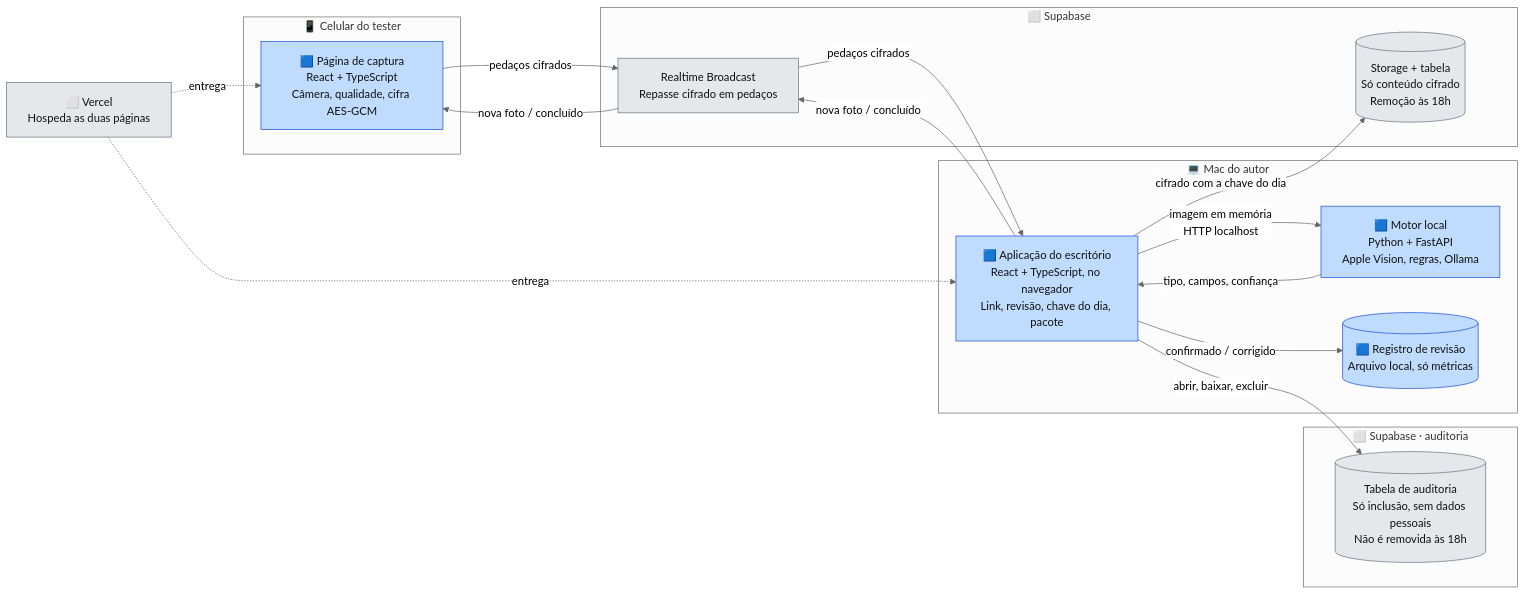
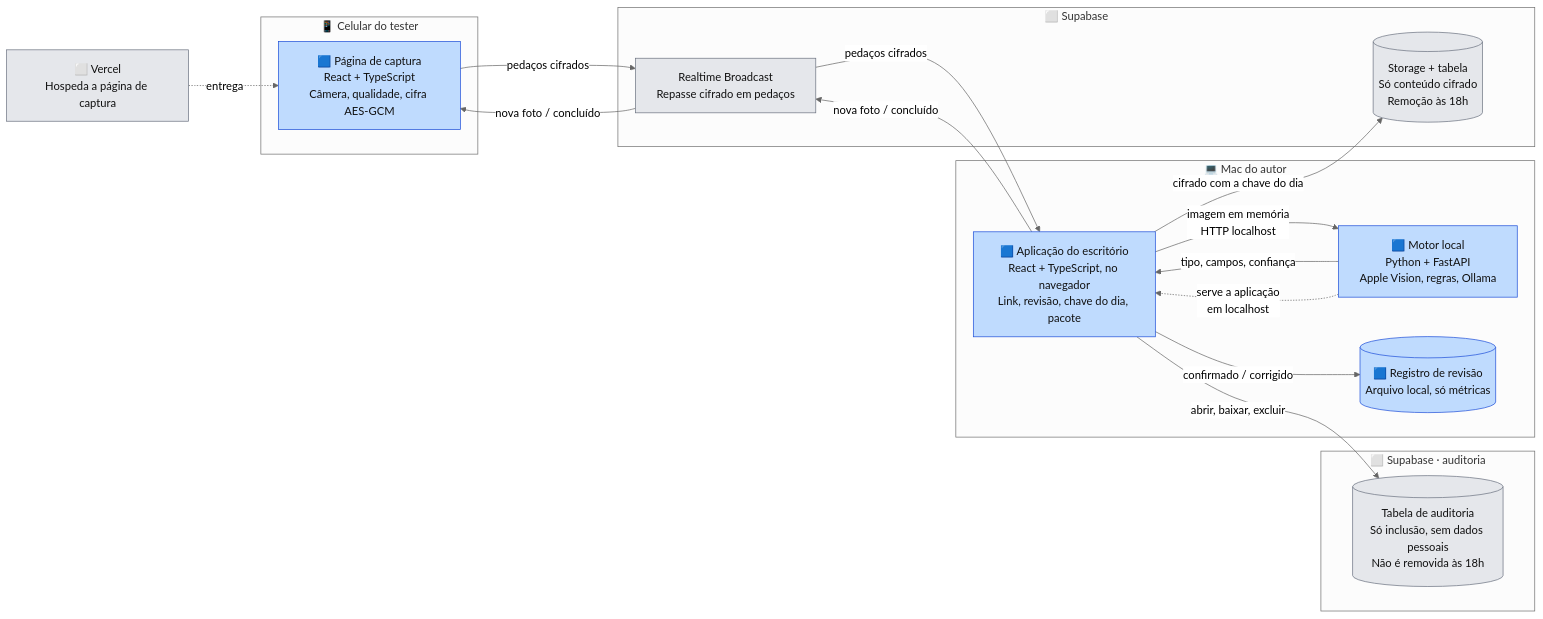
Before and after one commit to marcosvpantoja/extracao-dados-documentos: the third of 4 diagrams in docs/arquitetura/c4.md, drawn with Mermaid (neutral theme). The commit also changed other lines of this file and 15 other files, not shown here.

````diff
--- a/docs/arquitetura/c4.md
+++ b/docs/arquitetura/c4.md
@@ -95,40 +95,40 @@
 ```mermaid
 flowchart LR
     subgraph CEL["📱 Celular do tester"]
         CAP["🟦 Página de captura<br/>React + TypeScript<br/>Câmera, qualidade, cifra AES-GCM"]
     end
 
     subgraph PC["💻 Mac do autor"]
         APP["🟦 Aplicação do escritório<br/>React + TypeScript, no navegador<br/>Link, revisão, chave do dia, pacote"]
         MOT["🟦 Motor local<br/>Python + FastAPI<br/>Apple Vision, regras, Ollama"]
         LOG[("🟦 Registro de revisão<br/>Arquivo local, só métricas")]
     end
 
     subgraph SUPA["⬜ Supabase"]
         BRO["Realtime Broadcast<br/>Repasse cifrado em pedaços"]
         STO[("Storage + tabela<br/>Só conteúdo cifrado<br/>Remoção às 18h")]
     end
 
     subgraph SUPA2["⬜ Supabase · auditoria"]
         AUD[("Tabela de auditoria<br/>Só inclusão, sem dados pessoais<br/>Não é removida às 18h")]
     end
 
-    VER["⬜ Vercel<br/>Hospeda as duas páginas"]
+    VER["⬜ Vercel<br/>Hospeda a página de captura"]
 
     CAP -- "pedaços cifrados" --> BRO
     BRO -- "pedaços cifrados" --> APP
     APP -- "nova foto / concluído" --> BRO
     BRO -- "nova foto / concluído" --> CAP
     APP -- "imagem em memória<br/>HTTP localhost" --> MOT
     MOT -- "tipo, campos, confiança" --> APP
     APP -- "confirmado / corrigido" --> LOG
     APP -- "abrir, baixar, excluir" --> AUD
     APP -- "cifrado com a chave do dia" --> STO
     VER -. "entrega" .-> CAP
-    VER -. "entrega" .-> APP
+    MOT -. "serve a aplicação<br/>em localhost" .-> APP
 
     classDef nosso fill:#bfdbfe,stroke:#1d4ed8,color:#111
     classDef externo fill:#e5e7eb,stroke:#6b7280,color:#111
     class CAP,APP,MOT,LOG nosso
     class BRO,STO,AUD,VER externo
 ```
````
